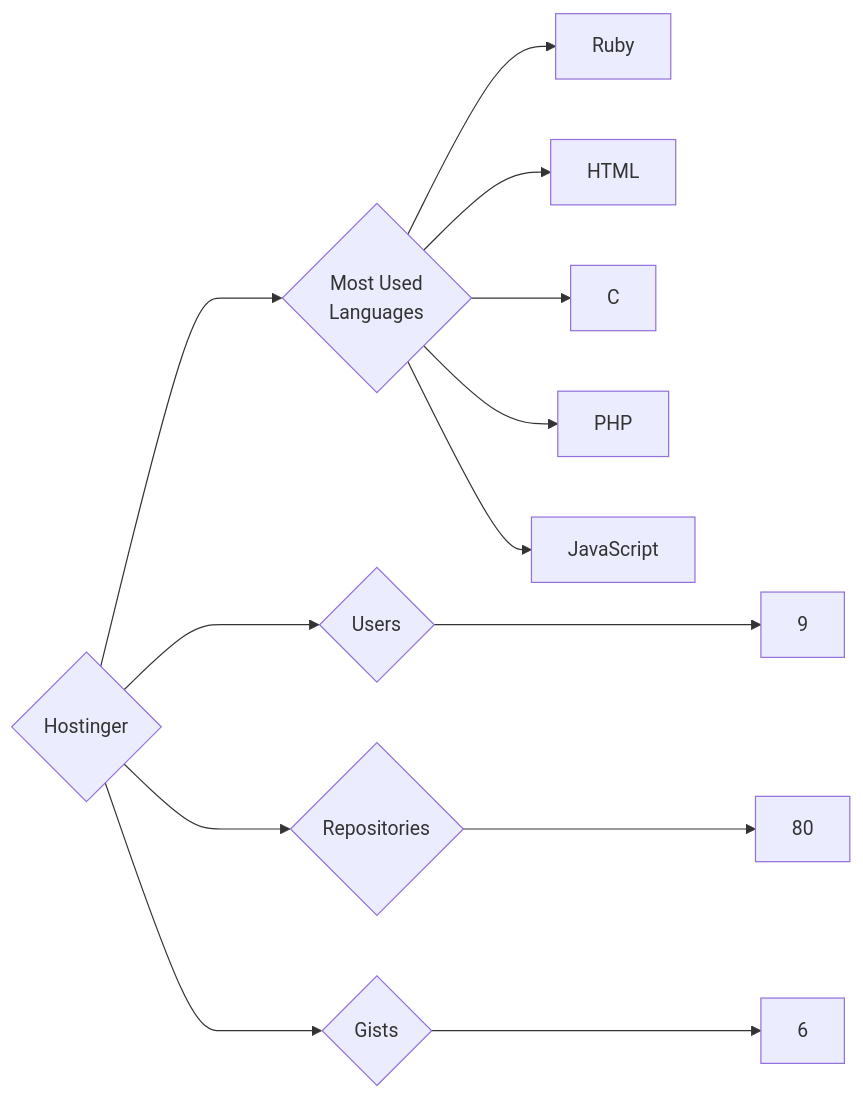
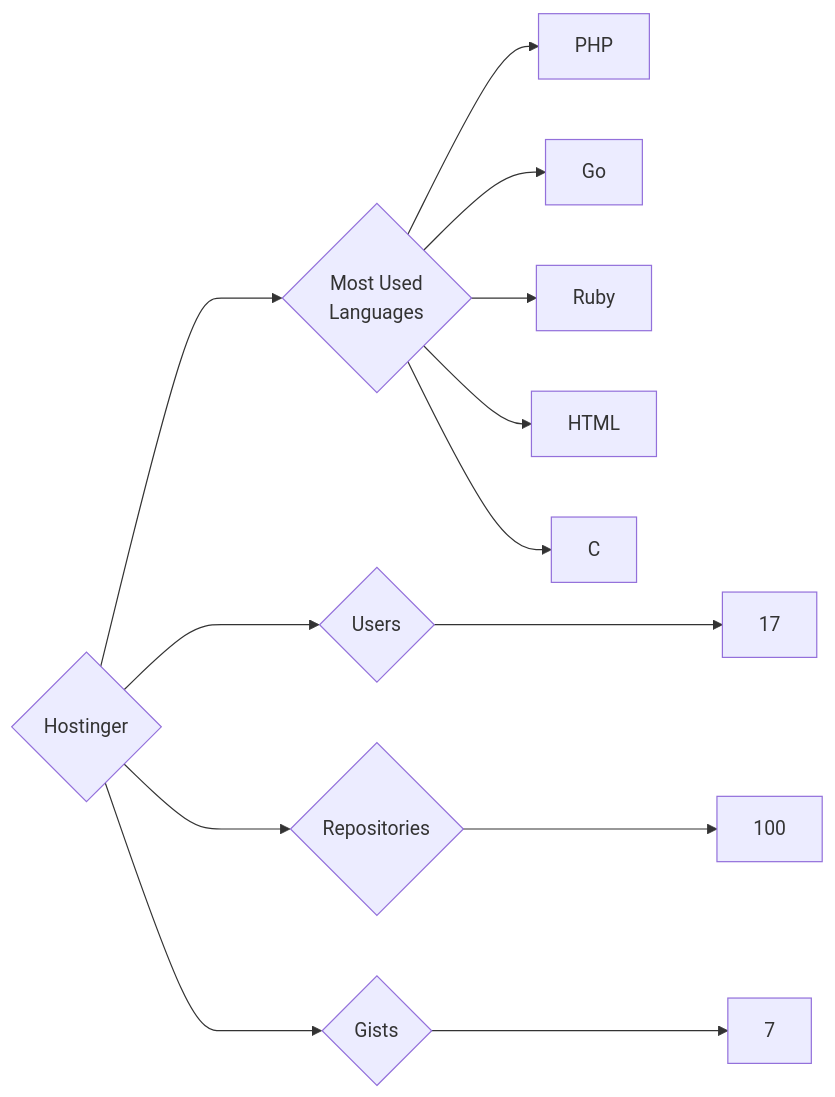
The diagram in targets/Hostinger/README.md (trickest/insiders), drawn with Mermaid before and after one commit. The commit also changed 894 other files, not shown here.

````diff
--- a/targets/Hostinger/README.md
+++ b/targets/Hostinger/README.md
@@ -3,13 +3,13 @@
 ```mermaid
 graph LR
 COMPANY_NAME{Hostinger}
-COMPANY_NAME ---> U{Users} ---> UN[9]
-COMPANY_NAME ---> R{Repositories} ---> RN[80]
-COMPANY_NAME ---> G{Gists} ---> GN[6]
+COMPANY_NAME ---> U{Users} ---> UN[17]
+COMPANY_NAME ---> R{Repositories} ---> RN[100]
+COMPANY_NAME ---> G{Gists} ---> GN[7]
 COMPANY_NAME ---> ML{Most Used<br>Languages}
+ML --> PHP[PHP]
+ML --> Go[Go]
 ML --> Ruby[Ruby]
 ML --> HTML[HTML]
 ML --> C[C]
-ML --> PHP[PHP]
-ML --> JavaScript[JavaScript]
 ```
````
